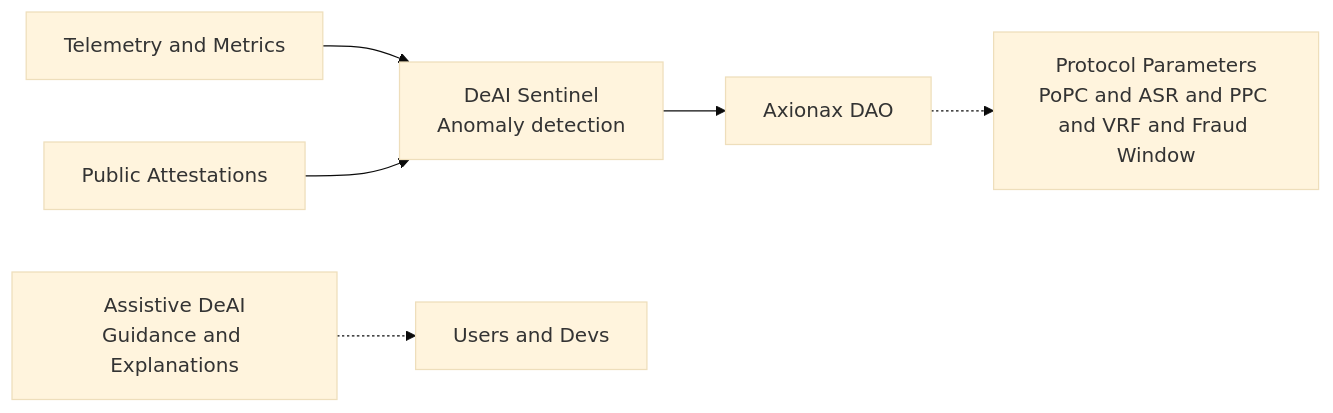
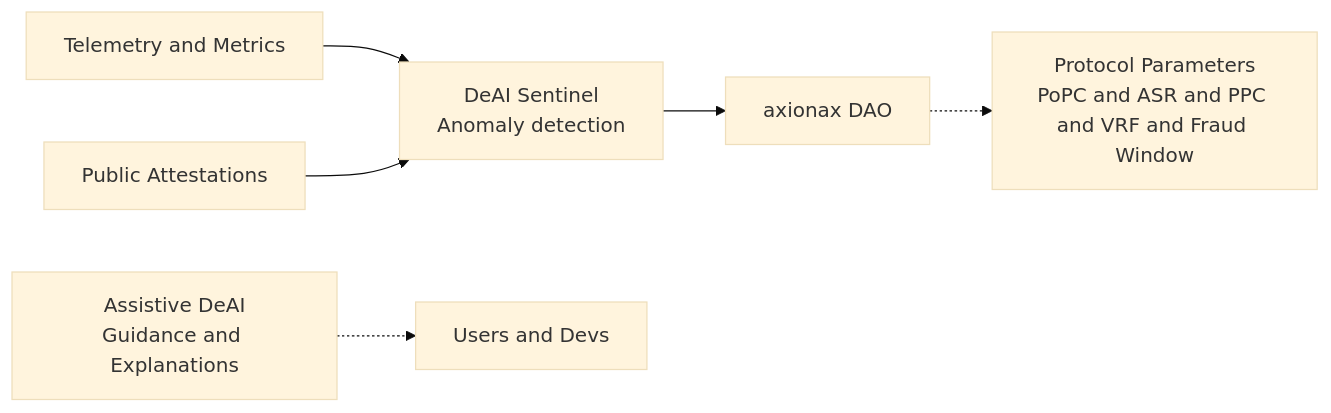
The eighth of 8 diagrams in ARCHITECTURE.md (axionaxprotocol/axionax-docs), drawn with Mermaid (base theme) before and after one commit. The commit also changed other lines of this file and 40 other files, not shown here.

````diff
--- a/ARCHITECTURE.md
+++ b/ARCHITECTURE.md
@@ -263,8 +263,8 @@
 ```mermaid
 flowchart LR
     Telemetry["Telemetry and Metrics"] --> Sentinel["DeAI Sentinel<br/>Anomaly detection"]
     Attest["Public Attestations"] --> Sentinel
-    Sentinel --> DAO["Axionax DAO"]
+    Sentinel --> DAO["axionax DAO"]
     Assist["Assistive DeAI<br/>Guidance and Explanations"] -.-> Clients["Users and Devs"]
     DAO -.-> Params["Protocol Parameters<br/>PoPC and ASR and PPC and VRF and Fraud Window"]
 ```
````
